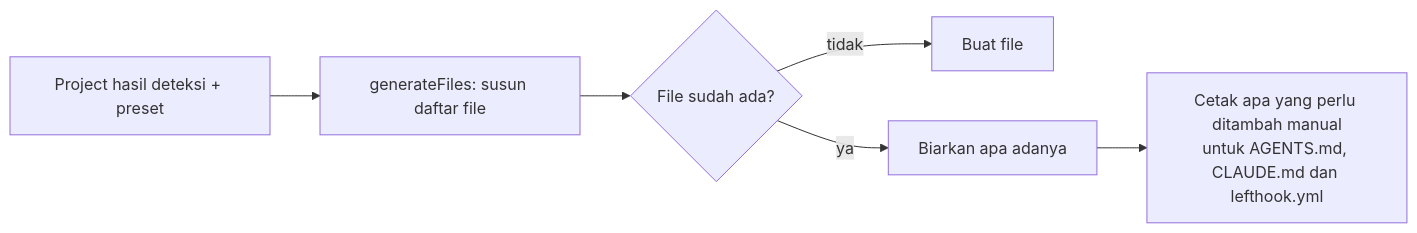
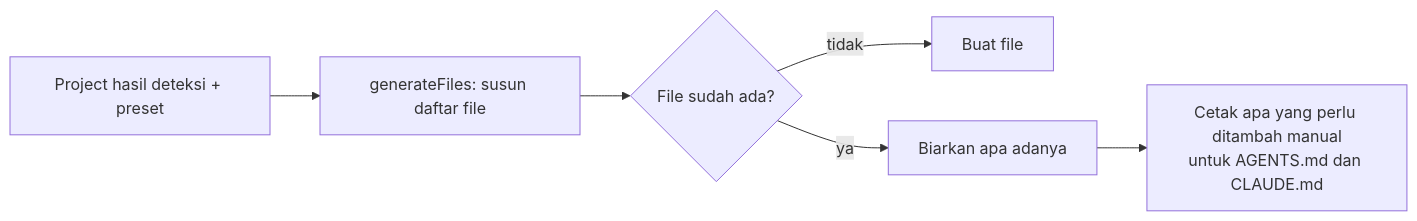
Before and after one commit to RedLucky/agent-initiator: the diagram in docs/wiki/id/features/generated-files.md, drawn with Mermaid. The commit also changed other lines of this file and 52 other files, not shown here.

````diff
--- a/docs/wiki/id/features/generated-files.md
+++ b/docs/wiki/id/features/generated-files.md
@@ -23,8 +22,8 @@
 ```mermaid
 flowchart LR
     P[Project hasil deteksi + preset] --> G[generateFiles: susun daftar file]
     G --> W{File sudah ada?}
     W -- tidak --> C[Buat file]
     W -- ya --> K[Biarkan apa adanya]
-    K --> M[Cetak apa yang perlu ditambah manual<br/>untuk AGENTS.md, CLAUDE.md dan lefthook.yml]
+    K --> M[Cetak apa yang perlu ditambah manual<br/>untuk AGENTS.md dan CLAUDE.md]
 ```
````
